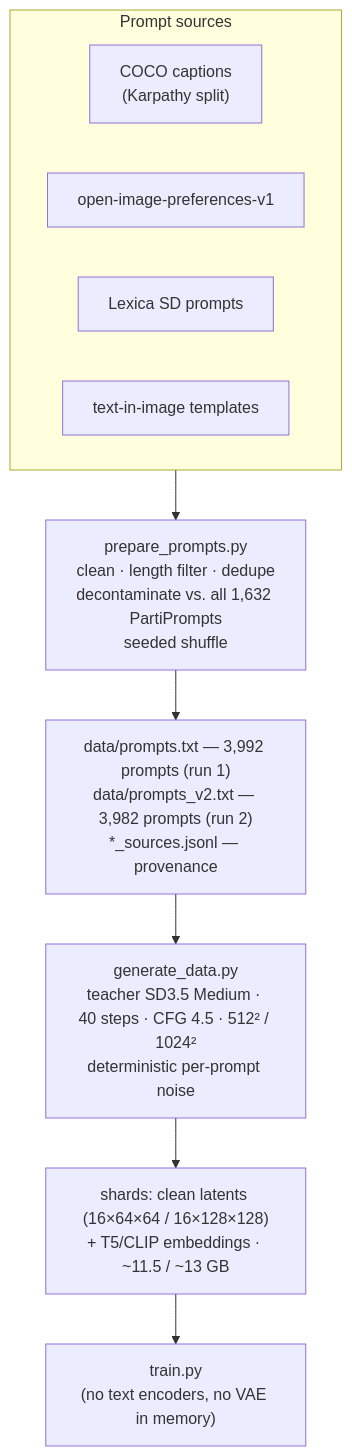
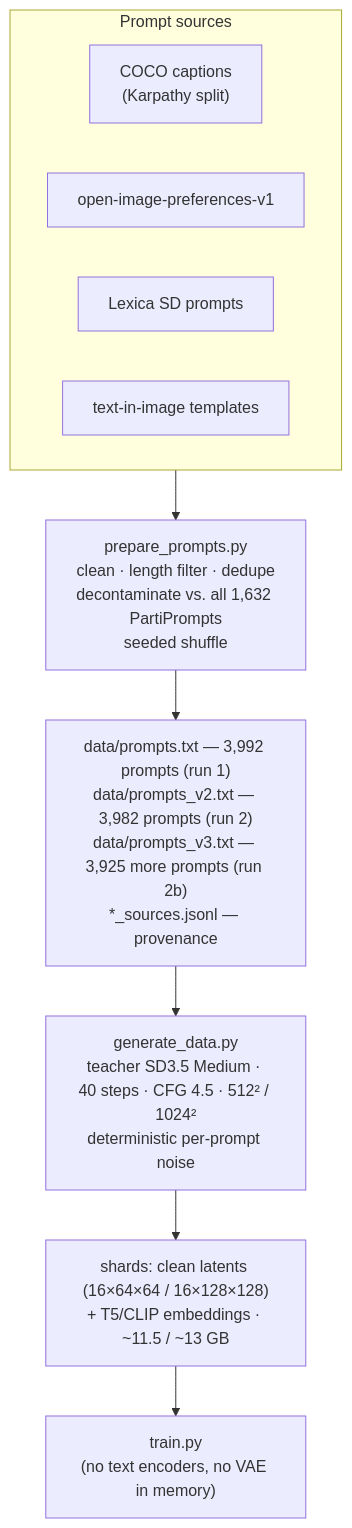
The second of 2 diagrams in README.md (Suchotin/shortcut_distillation_sd3.5), drawn with Mermaid before and after one commit. The commit also changed other lines of this file and 16 other files, not shown here.

````diff
--- a/README.md
+++ b/README.md
@@ -155,14 +155,14 @@
 ```mermaid
 flowchart TB
     subgraph S["Prompt sources"]
         A["COCO captions<br/>(Karpathy split)"]
         B["open-image-preferences-v1"]
         C["Lexica SD prompts"]
         D["text-in-image templates"]
     end
     S --> F["prepare_prompts.py<br/>clean · length filter · dedupe<br/>decontaminate vs. all 1,632 PartiPrompts<br/>seeded shuffle"]
-    F --> P["data/prompts.txt — 3,992 prompts (run 1)<br/>data/prompts_v2.txt — 3,982 prompts (run 2)<br/>*_sources.jsonl — provenance"]
+    F --> P["data/prompts.txt — 3,992 prompts (run 1)<br/>data/prompts_v2.txt — 3,982 prompts (run 2)<br/>data/prompts_v3.txt — 3,925 more prompts (run 2b)<br/>*_sources.jsonl — provenance"]
     P --> G["generate_data.py<br/>teacher SD3.5 Medium · 40 steps · CFG 4.5 · 512² / 1024²<br/>deterministic per-prompt noise"]
     G --> L["shards: clean latents (16×64×64 / 16×128×128)<br/>+ T5/CLIP embeddings · ~11.5 / ~13 GB"]
     L --> TR["train.py<br/>(no text encoders, no VAE in memory)"]
 ```
````
